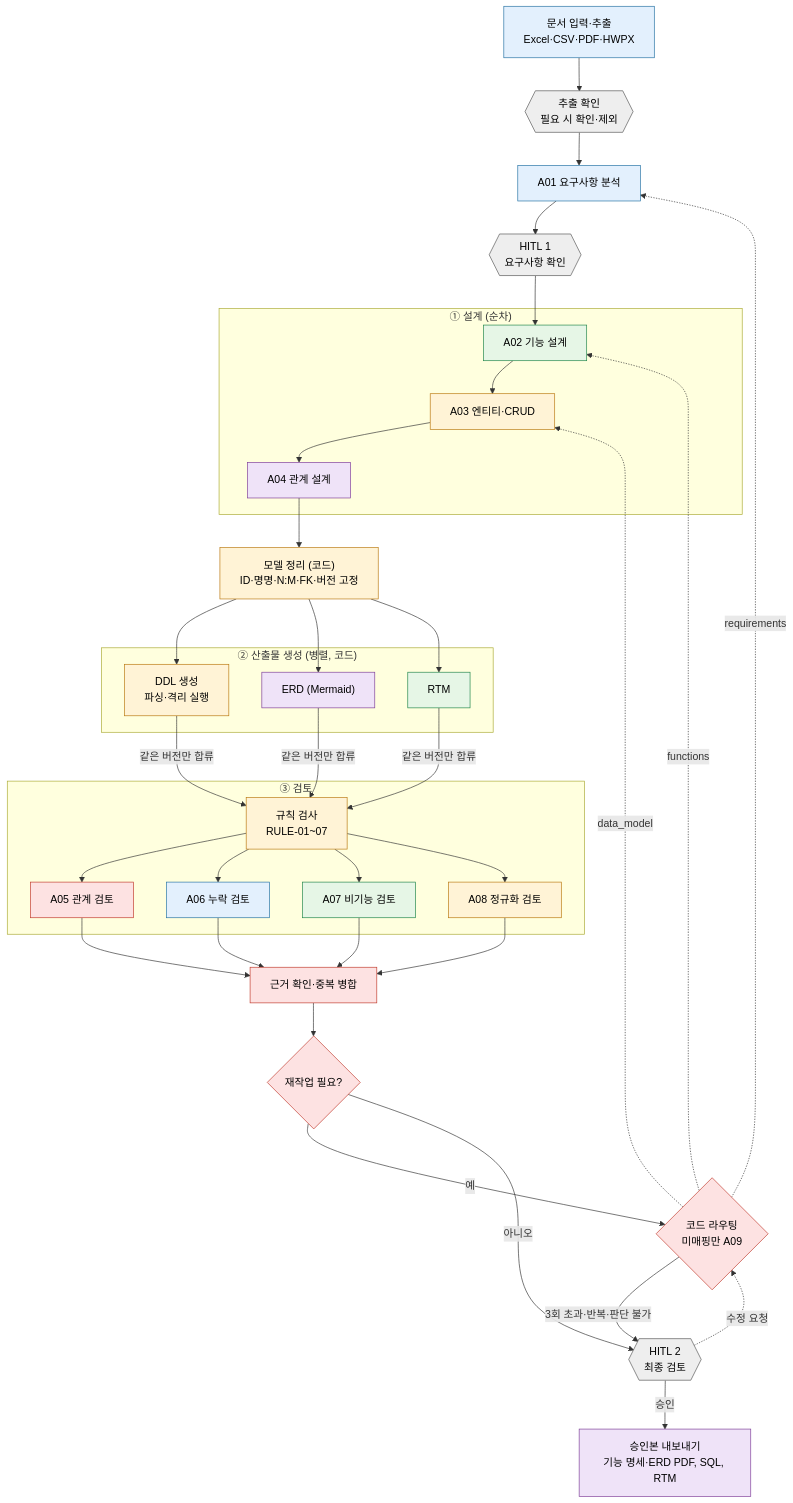
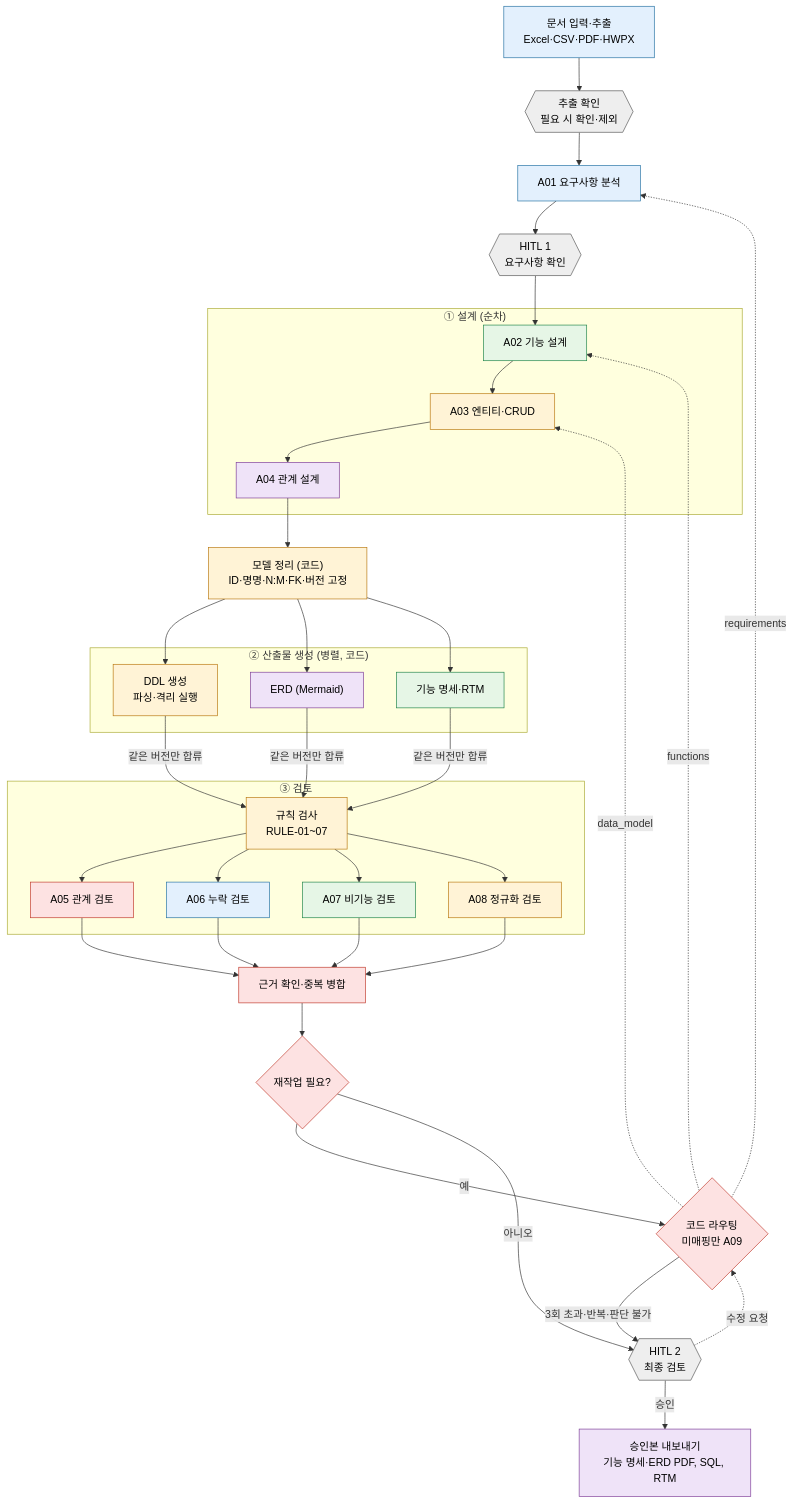
One commit to surplus96/specton changed the second of 3 diagrams in docs/03-architecture.md. Above: the diagram before and after it, drawn with Mermaid. The commit also changed other lines of this file and 7 other files, not shown here.

First line of the commit message:
feat: connect function specifications and RTM to the API graph (#219)

````diff
--- a/docs/03-architecture.md
+++ b/docs/03-architecture.md
@@ -28,47 +28,47 @@
 ```mermaid
 flowchart TD
     IN["문서 입력·추출<br/>Excel·CSV·PDF·HWPX"]:::r2 --> CHK{{"추출 확인<br/>필요 시 확인·제외"}}:::human
     CHK --> A01["A01 요구사항 분석"]:::r2
     A01 --> H1{{"HITL 1<br/>요구사항 확인"}}:::human
 
     subgraph DESIGN["① 설계 (순차)"]
         A02["A02 기능 설계"]:::r3 --> A03["A03 엔티티·CRUD"]:::r4 --> A04["A04 관계 설계"]:::r5
     end
     H1 --> A02
     A04 --> NORM["모델 정리 (코드)<br/>ID·명명·N:M·FK·버전 고정"]:::r4
 
     subgraph GEN["② 산출물 생성 (병렬, 코드)"]
         DDL["DDL 생성<br/>파싱·격리 실행"]:::r4
         ERD["ERD (Mermaid)"]:::r5
-        RTM["RTM"]:::r3
+        RTM["기능 명세·RTM"]:::r3
     end
     NORM --> DDL & ERD & RTM
 
     subgraph REVIEW["③ 검토"]
         RULE["규칙 검사<br/>RULE-01~07"]:::r4
         A05["A05 관계 검토"]:::r1
         A06["A06 누락 검토"]:::r2
         A07["A07 비기능 검토"]:::r3
         A08["A08 정규화 검토"]:::r4
         RULE --> A05 & A06 & A07 & A08
     end
     DDL & ERD & RTM -->|같은 버전만 합류| RULE
 
     A05 & A06 & A07 & A08 --> MERGE["근거 확인·중복 병합"]:::r1
     MERGE --> Q{"재작업 필요?"}:::r1
     Q -->|예| ROUTE{"코드 라우팅<br/>미매핑만 A09"}:::r1
     ROUTE -.->|requirements| A01
     ROUTE -.->|functions| A02
     ROUTE -.->|data_model| A03
     Q -->|아니오| H2{{"HITL 2<br/>최종 검토"}}:::human
     ROUTE -->|3회 초과·반복·판단 불가| H2
     H2 -.->|수정 요청| ROUTE
     H2 -->|승인| OUT["승인본 내보내기<br/>기능 명세·ERD PDF, SQL, RTM"]:::r5
 
     classDef r1 fill:#fde2e2,stroke:#c0392b,color:#000
     classDef r2 fill:#e3f0fd,stroke:#2471a3,color:#000
     classDef r3 fill:#e6f6e6,stroke:#1e8449,color:#000
     classDef r4 fill:#fff3d6,stroke:#b9770e,color:#000
     classDef r5 fill:#efe3f8,stroke:#7d3c98,color:#000
     classDef human fill:#eeeeee,stroke:#555,color:#000
 ```
````
